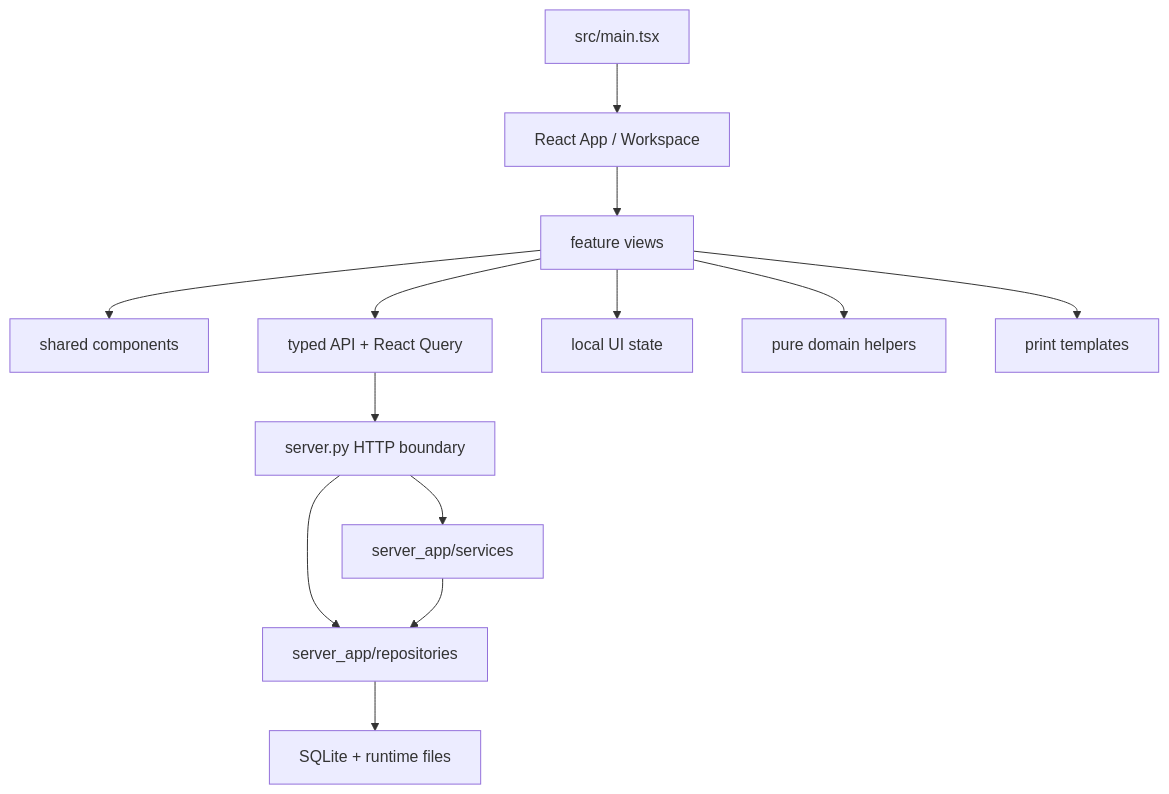
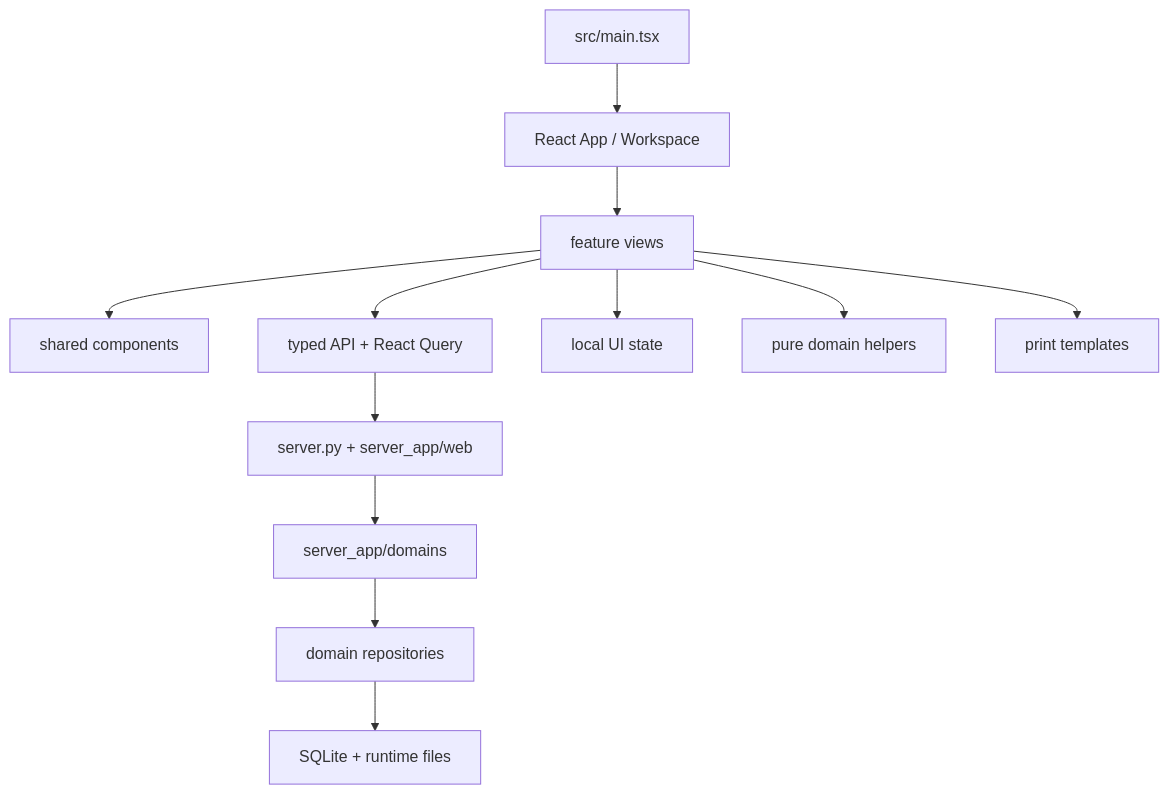
The diagram in docs/contracts/module-boundaries.md (Hugo-YH/CageLedger), drawn with Mermaid before and after one commit. The commit also changed other lines of this file and 18 other files, not shown here.

Commit message:
docs: record modular architecture and validation

````diff
--- a/docs/contracts/module-boundaries.md
+++ b/docs/contracts/module-boundaries.md
@@ -7,15 +7,14 @@
 ```mermaid
 graph TD
     Entry["src/main.tsx"] --> App["React App / Workspace"]
     App --> Features["feature views"]
     Features --> Components["shared components"]
     Features --> Query["typed API + React Query"]
     Features --> UiState["local UI state"]
     Features --> Domain["pure domain helpers"]
     Features --> Print["print templates"]
-    Query --> Http["server.py HTTP boundary"]
-    Http --> Services["server_app/services"]
-    Http --> Repositories["server_app/repositories"]
-    Services --> Repositories
+    Query --> Http["server.py + server_app/web"]
+    Http --> Domains["server_app/domains"]
+    Domains --> Repositories["domain repositories"]
     Repositories --> SQLite["SQLite + runtime files"]
 ```
````
